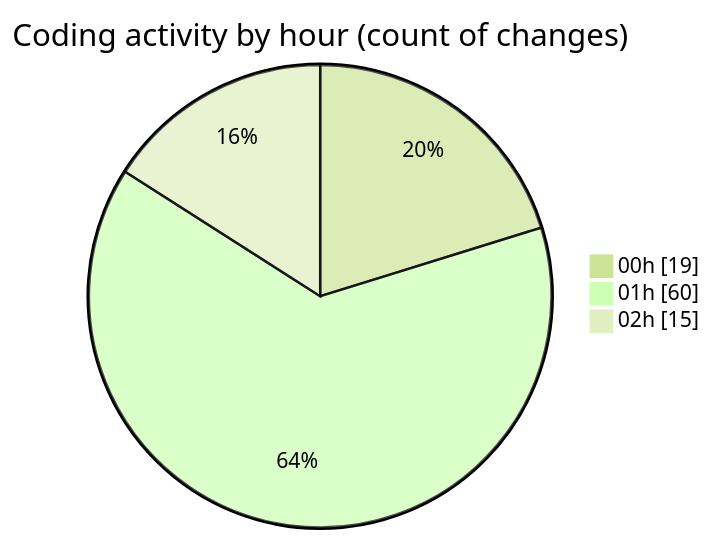
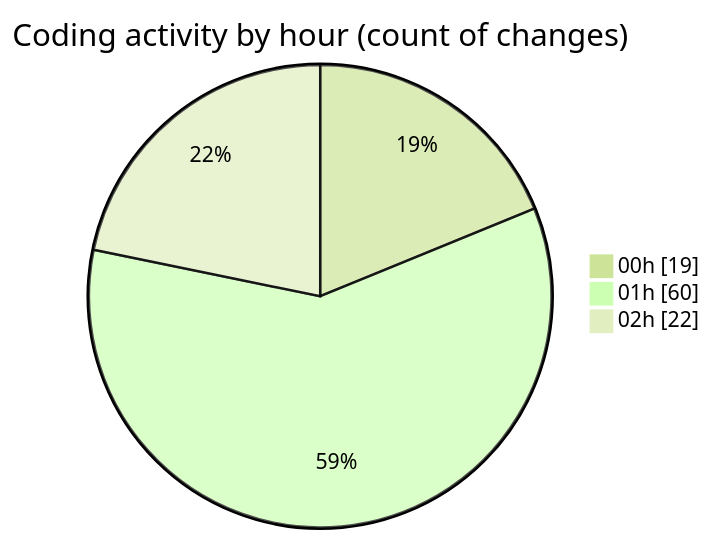
Before and after one commit to lephambinh05/code-tracking: the second of 2 diagrams in 2025-07-25/quanlyrapchieuphim-1/README.md, drawn with Mermaid (forest theme). The commit also changed other lines of this file and 1 other file, not shown here.

````diff
--- a/2025-07-25/quanlyrapchieuphim-1/README.md
+++ b/2025-07-25/quanlyrapchieuphim-1/README.md
@@ -33,7 +33,7 @@
 ```mermaid
 pie showData
 title Coding activity by hour (count of changes)
 "00h" : 19
 "01h" : 60
-"02h" : 15
+"02h" : 22
 ```
````
